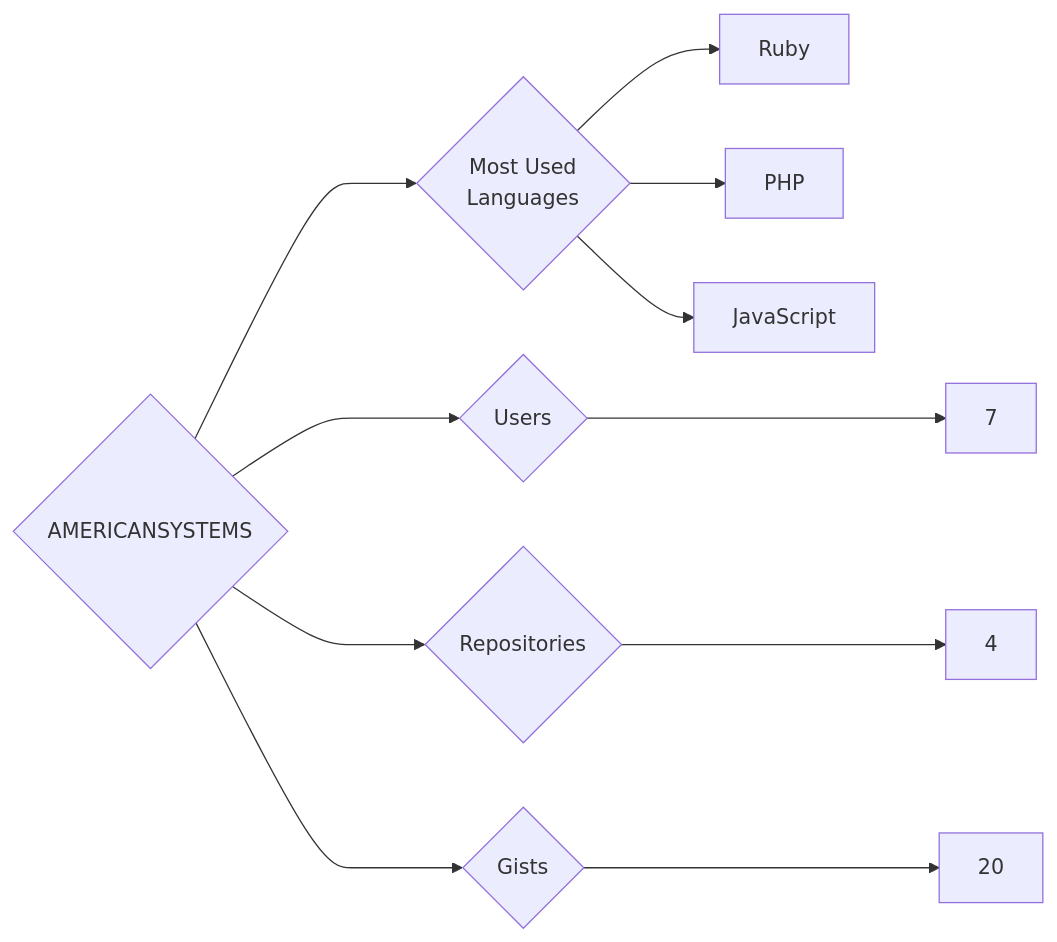
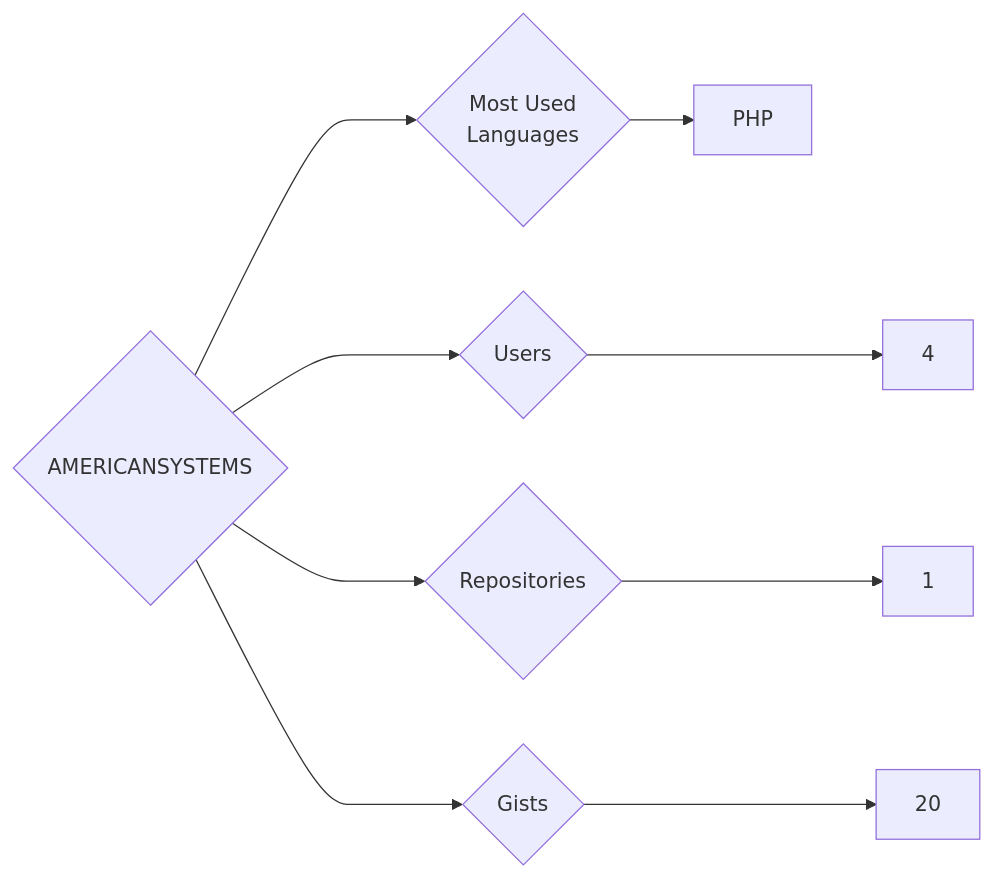
The diagram in targets/AMERICANSYSTEMS/README.md (trickest/insiders), drawn with Mermaid before and after one commit. The commit also changed 934 other files, not shown here.

````diff
--- a/targets/AMERICANSYSTEMS/README.md
+++ b/targets/AMERICANSYSTEMS/README.md
@@ -3,11 +3,9 @@
 ```mermaid
 graph LR
 COMPANY_NAME{AMERICANSYSTEMS}
-COMPANY_NAME ---> U{Users} ---> UN[7]
-COMPANY_NAME ---> R{Repositories} ---> RN[4]
+COMPANY_NAME ---> U{Users} ---> UN[4]
+COMPANY_NAME ---> R{Repositories} ---> RN[1]
 COMPANY_NAME ---> G{Gists} ---> GN[20]
 COMPANY_NAME ---> ML{Most Used<br>Languages}
-ML --> Ruby[Ruby]
 ML --> PHP[PHP]
-ML --> JavaScript[JavaScript]
 ```
````
